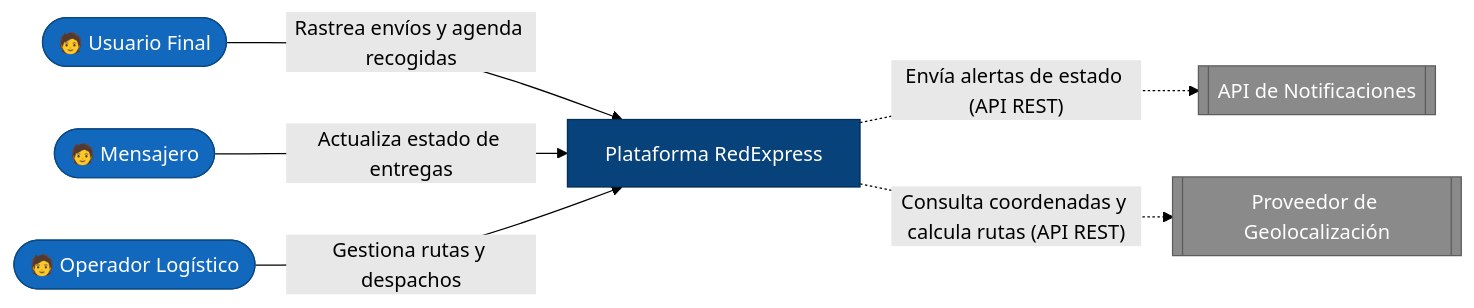
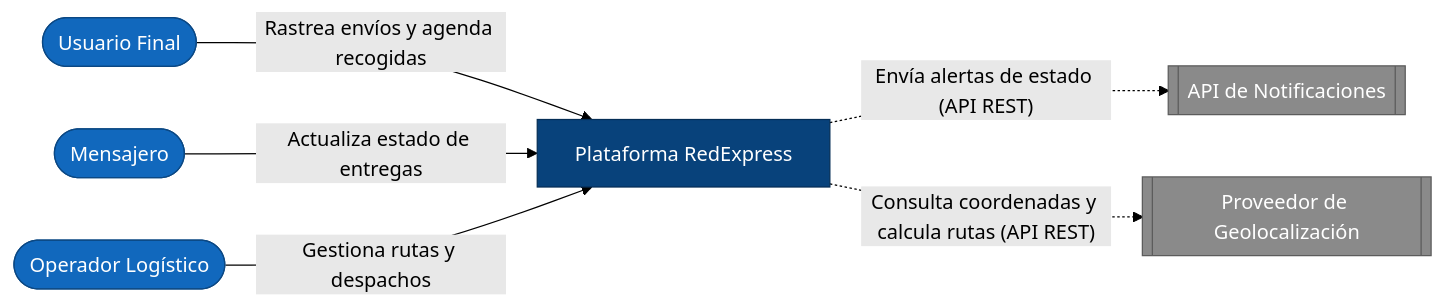
Before and after one commit to CesarAVegaF312/AREM-Taller_3_Arquitectura_C4: the fifth of 11 diagrams in clase/guia_paso_a_paso_c4.md, drawn with Mermaid (forest theme). The commit also changed other lines of this file and 4 other files, not shown here.

````diff
--- a/clase/guia_paso_a_paso_c4.md
+++ b/clase/guia_paso_a_paso_c4.md
@@ -105,15 +105,15 @@
 ```mermaid
 flowchart LR
-    usuario(["🧑 Usuario Final"]) -->|"Rastrea envíos y agenda recogidas"| redexpress["Plataforma RedExpress"]
-    mensajero(["🧑 Mensajero"]) -->|"Actualiza estado de entregas"| redexpress
-    operador(["🧑 Operador Logístico"]) -->|"Gestiona rutas y despachos"| redexpress
+    usuario(["Usuario Final"]) -->|"Rastrea envíos y agenda recogidas"| redexpress["Plataforma RedExpress"]
+    mensajero(["Mensajero"]) -->|"Actualiza estado de entregas"| redexpress
+    operador(["Operador Logístico"]) -->|"Gestiona rutas y despachos"| redexpress
     redexpress -.->|"Envía alertas de estado (API REST)"| notif[["API de Notificaciones"]]
     redexpress -.->|"Consulta coordenadas y calcula rutas (API REST)"| geo[["Proveedor de Geolocalización"]]
 
     classDef person fill:#1168bd,color:#fff,stroke:#0b4884;
     classDef system fill:#08427b,color:#fff,stroke:#052e56;
     classDef external fill:#8a8a8a,color:#fff,stroke:#5c5c5c;
     class usuario,mensajero,operador person
     class redexpress system
     class notif,geo external
 ```
````
